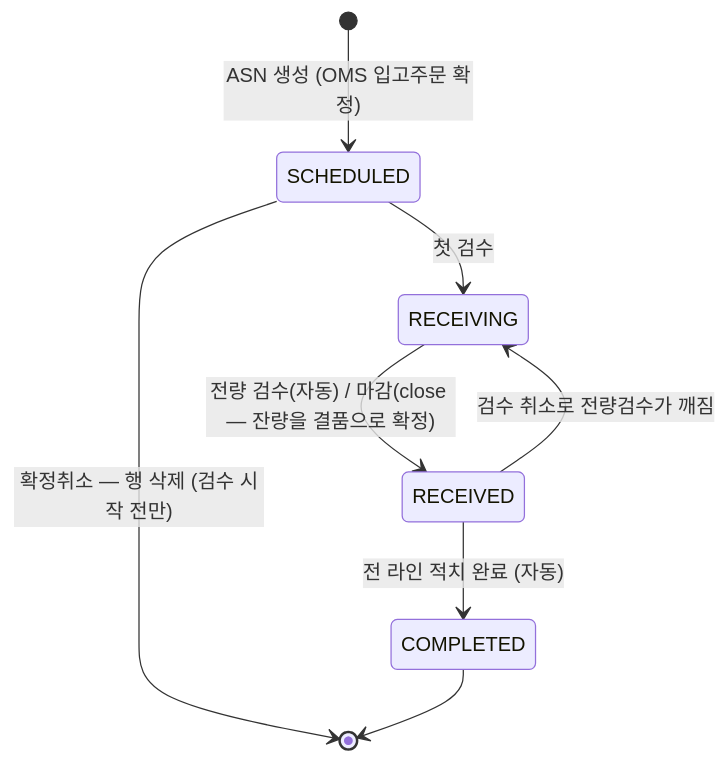
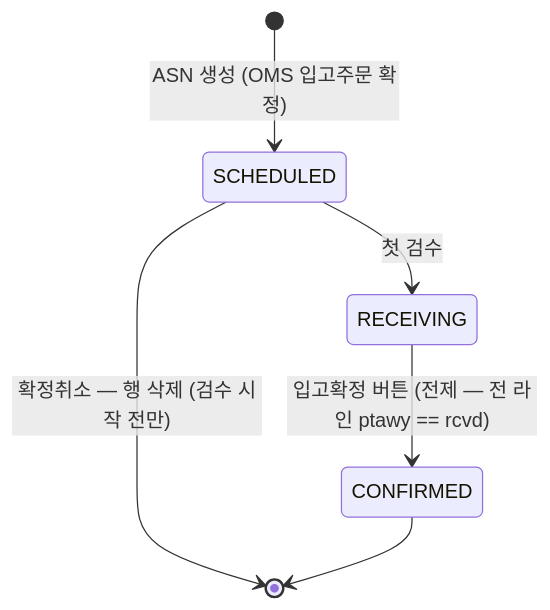
The second of 4 diagrams in docs/design.md (jhogunhee/logistics-back), drawn with Mermaid before and after one commit. The commit also changed other lines of this file and 19 other files, not shown here.

````diff
--- a/docs/design.md
+++ b/docs/design.md
@@ -115,10 +115,8 @@
 ```mermaid
 stateDiagram-v2
     [*] --> SCHEDULED : ASN 생성 (OMS 입고주문 확정)
     SCHEDULED --> RECEIVING : 첫 검수
     SCHEDULED --> [*] : 확정취소 — 행 삭제 (검수 시작 전만)
-    RECEIVING --> RECEIVED : 전량 검수(자동) / 마감(close — 잔량을 결품으로 확정)
-    RECEIVED --> RECEIVING : 검수 취소로 전량검수가 깨짐
-    RECEIVED --> COMPLETED : 전 라인 적치 완료 (자동)
-    COMPLETED --> [*]
+    RECEIVING --> CONFIRMED : 입고확정 버튼 (전제 — 전 라인 ptawy == rcvd)
+    CONFIRMED --> [*]
 ```
````
